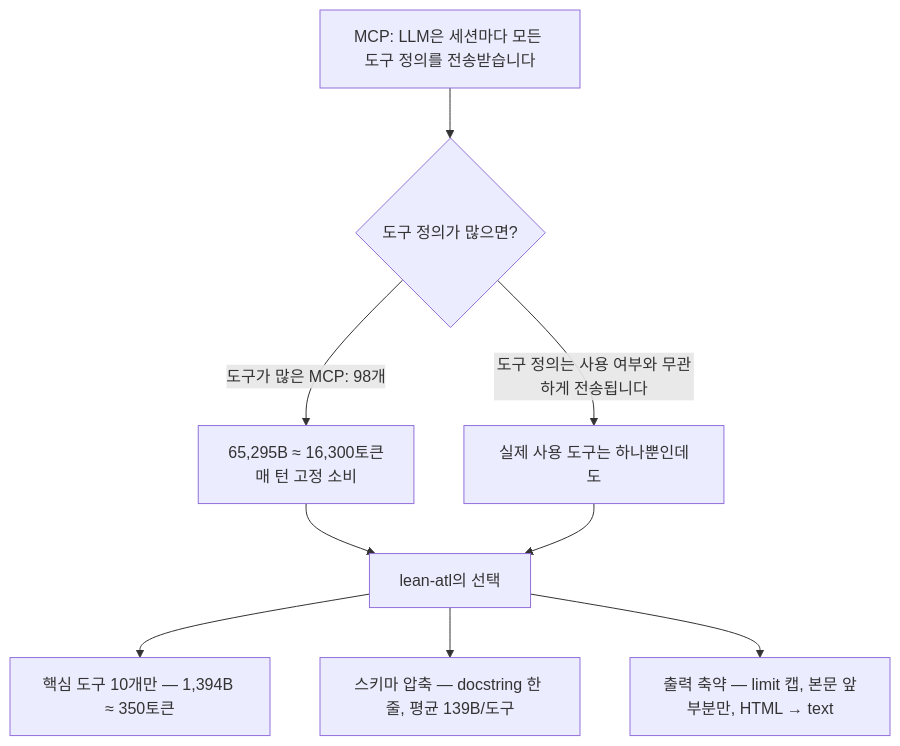
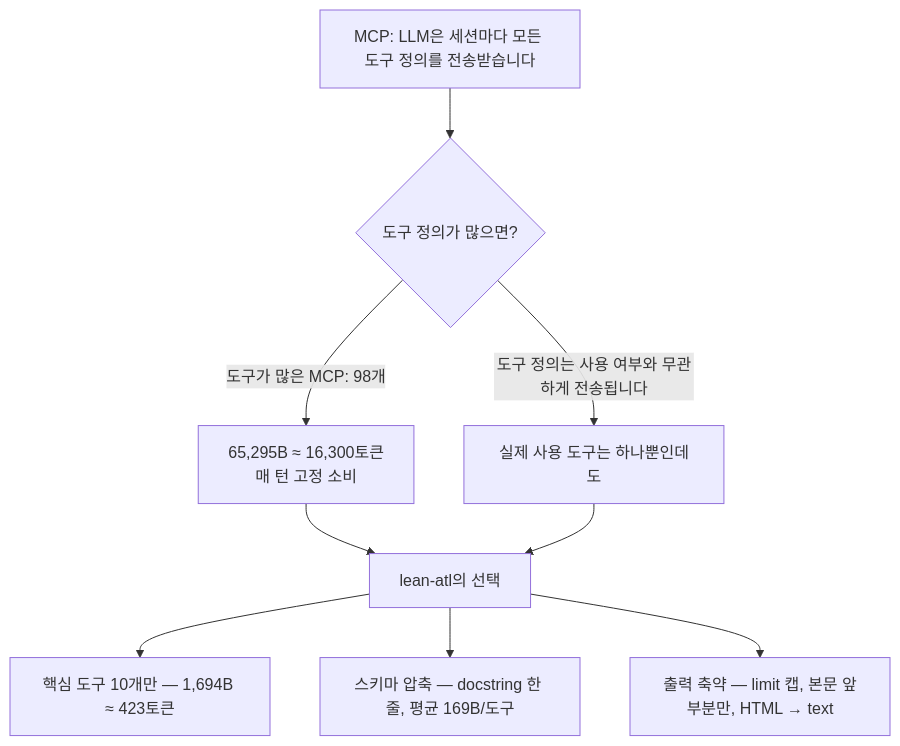
The diagram in README.ko.md (sayho87/lean-atl), drawn with Mermaid before and after one commit. The commit also changed other lines of this file and 1 other file, not shown here.

Commit message:
README 수치 갱신: 실제 스키마 1,694B≈423토큰·평균 169B·절감 97%로 통일 (2단계 캡 반영)

````diff
--- a/README.ko.md
+++ b/README.ko.md
@@ -30,11 +30,11 @@
 ```mermaid
 flowchart TD
     A["MCP: LLM은 세션마다 모든 도구 정의를 전송받습니다"] --> B{"도구 정의가 많으면?"}
     B -->|"도구가 많은 MCP: 98개"| C["65,295B ≈ 16,300토큰<br/>매 턴 고정 소비"]
     B -->|"도구 정의는 사용 여부와 무관하게 전송됩니다"| D["실제 사용 도구는 하나뿐인데도"]
     C --> E["lean-atl의 선택"]
     D --> E
-    E --> F["핵심 도구 10개만 — 1,394B ≈ 350토큰"]
-    E --> G["스키마 압축 — docstring 한 줄, 평균 139B/도구"]
+    E --> F["핵심 도구 10개만 — 1,694B ≈ 423토큰"]
+    E --> G["스키마 압축 — docstring 한 줄, 평균 169B/도구"]
     E --> H["출력 축약 — limit 캡, 본문 앞부분만, HTML → text"]
 ```
````
